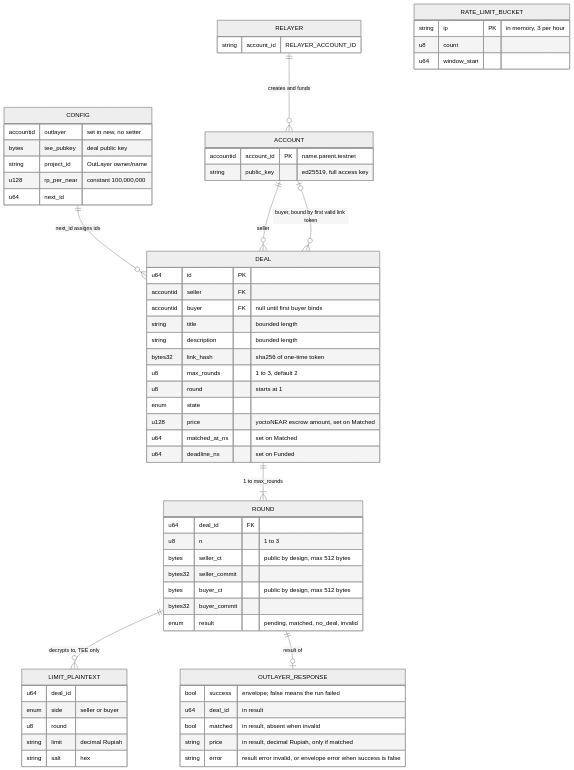
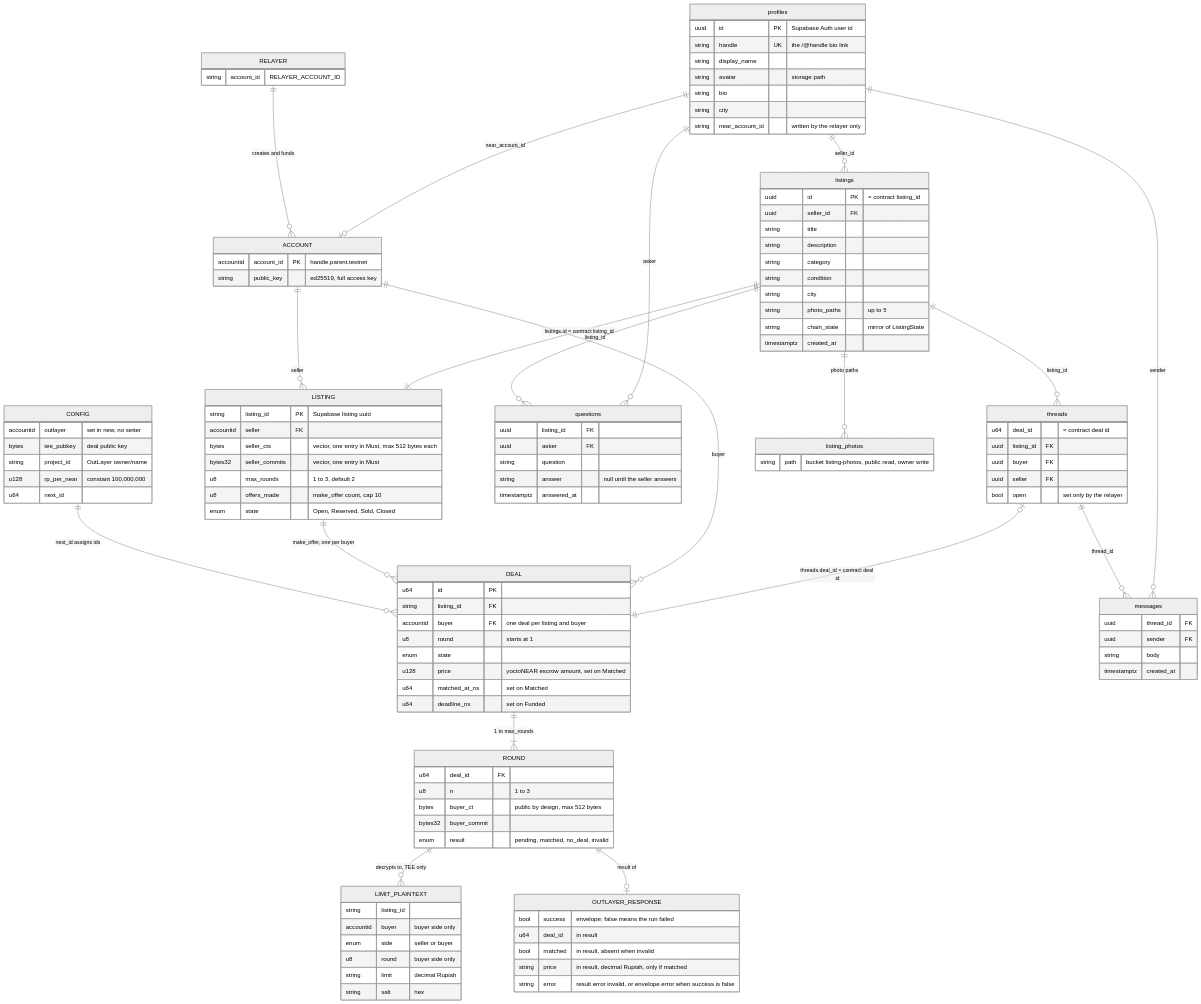
The diagram in docs/DATA-MODEL.md (ketutezraugm/shake), drawn with Mermaid (neutral theme) before and after one commit. The commit also changed other lines of this file and 17 other files, not shown here.

````diff
--- a/docs/DATA-MODEL.md
+++ b/docs/DATA-MODEL.md
@@ -19,12 +22,24 @@
 ```mermaid
 erDiagram
     CONFIG ||--o{ DEAL : "next_id assigns ids"
-    ACCOUNT ||--o{ DEAL : "seller"
-    ACCOUNT |o--o{ DEAL : "buyer, bound by first valid link token"
+    ACCOUNT ||--o{ LISTING : "seller"
+    LISTING ||--o{ DEAL : "make_offer, one per buyer"
+    ACCOUNT ||--o{ DEAL : "buyer"
     DEAL ||--|{ ROUND : "1 to max_rounds"
     ROUND ||--o{ LIMIT_PLAINTEXT : "decrypts to, TEE only"
     ROUND ||--o| OUTLAYER_RESPONSE : "result of"
     RELAYER ||--o{ ACCOUNT : "creates and funds"
+
+    profiles ||--o{ listings : "seller_id"
+    listings ||--o{ questions : "listing_id"
+    listings ||--o{ threads : "listing_id"
+    threads ||--o{ messages : "thread_id"
+    listings ||--o{ listing_photos : "photo paths"
+    profiles ||--o{ questions : "asker"
+    profiles ||--o{ messages : "sender"
+    profiles ||--o| ACCOUNT : "near_account_id"
+    listings ||--|| LISTING : "listings.id = contract listing_id"
+    threads |o--|| DEAL : "threads.deal_id = contract deal id"
 
     CONFIG {
         accountid outlayer "set in new, no setter"
@@ -34,17 +49,22 @@
         u64 next_id
     }
     ACCOUNT {
-        accountid account_id PK "name.parent.testnet"
+        accountid account_id PK "handle.parent.testnet"
         string public_key "ed25519, full access key"
+    }
+    LISTING {
+        string listing_id PK "Supabase listing uuid"
+        accountid seller FK
+        bytes seller_cts "vector, one entry in Must, max 512 bytes each"
+        bytes32 seller_commits "vector, one entry in Must"
+        u8 max_rounds "1 to 3, default 2"
+        u8 offers_made "make_offer count, cap 10"
+        enum state "Open, Reserved, Sold, Closed"
     }
     DEAL {
         u64 id PK
-        accountid seller FK
-        accountid buyer FK "null until first buyer binds"
-        string title "bounded length"
-        string description "bounded length"
-        bytes32 link_hash "sha256 of one-time token"
-        u8 max_rounds "1 to 3, default 2"
+        string listing_id FK
+        accountid buyer FK "one deal per listing and buyer"
         u8 round "starts at 1"
         enum state
         u128 price "yoctoNEAR escrow amount, set on Matched"
@@ -54,16 +74,15 @@
     ROUND {
         u64 deal_id FK
         u8 n "1 to 3"
-        bytes seller_ct "public by design, max 512 bytes"
-        bytes32 seller_commit
         bytes buyer_ct "public by design, max 512 bytes"
         bytes32 buyer_commit
         enum result "pending, matched, no_deal, invalid"
     }
     LIMIT_PLAINTEXT {
-        u64 deal_id
+        string listing_id
+        accountid buyer "buyer side only"
         enum side "seller or buyer"
-        u8 round
+        u8 round "buyer side only"
         string limit "decimal Rupiah"
         string salt "hex"
     }
@@ -77,9 +96,48 @@
     RELAYER {
         string account_id "RELAYER_ACCOUNT_ID"
     }
-    RATE_LIMIT_BUCKET {
-        string ip PK "in memory, 3 per hour"
-        u8 count
-        u64 window_start
+    profiles {
+        uuid id PK "Supabase Auth user id"
+        string handle UK "the /@handle bio link"
+        string display_name
+        string avatar "storage path"
+        string bio
+        string city
+        string near_account_id "written by the relayer only"
+    }
+    listings {
+        uuid id PK "= contract listing_id"
+        uuid seller_id FK
+        string title
+        string description
+        string category
+        string condition
+        string city
+        string photo_paths "up to 5"
+        string chain_state "mirror of ListingState"
+        timestamptz created_at
+    }
+    questions {
+        uuid listing_id FK
+        uuid asker FK
+        string question
+        string answer "null until the seller answers"
+        timestamptz answered_at
+    }
+    threads {
+        u64 deal_id "= contract deal id"
+        uuid listing_id FK
+        uuid buyer FK
+        uuid seller FK
+        bool open "set only by the relayer"
+    }
+    messages {
+        uuid thread_id FK
+        uuid sender FK
+        string body
+        timestamptz created_at
+    }
+    listing_photos {
+        string path "bucket listing-photos, public read, owner write"
     }
 ```
````
